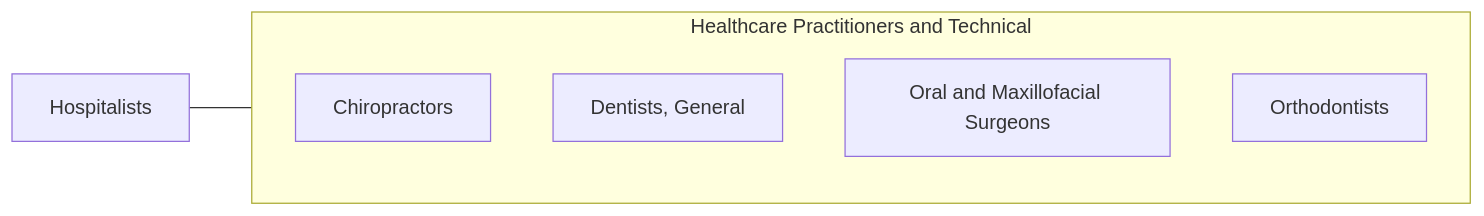
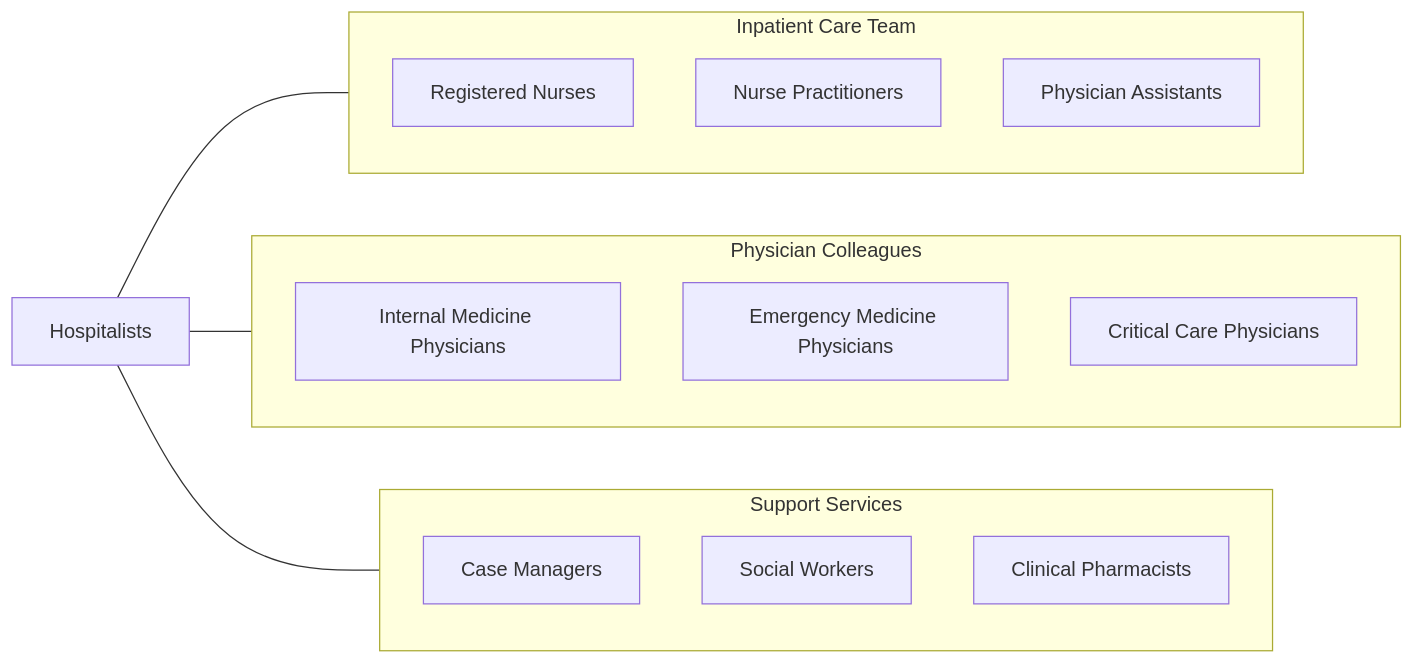
The fourth of 4 diagrams in occupations/HealthcarePractitioners/Hospitalists.mdx (kziemski/business.org.ai), drawn with Mermaid before and after one commit. The commit also changed other lines of this file and 938 other files, not shown here.

````diff
--- a/occupations/HealthcarePractitioners/Hospitalists.mdx
+++ b/occupations/HealthcarePractitioners/Hospitalists.mdx
@@ -98,13 +220,26 @@
 ```mermaid
 graph LR
     Current["Hospitalists"]
 
-    subgraph SameCategory["Healthcare Practitioners and Technical"]
-        Chiropractors["Chiropractors"]
-        DentistsGeneral["Dentists, General"]
-        OralAndMaxillofacial["Oral and Maxillofacial Surgeons"]
-        Orthodontists["Orthodontists"]
+    subgraph InpatientTeam["Inpatient Care Team"]
+        RN["Registered Nurses"]
+        NP["Nurse Practitioners"]
+        PA["Physician Assistants"]
     end
 
-    Current --- SameCategory
+    subgraph PhysicianColleagues["Physician Colleagues"]
+        Internists["Internal Medicine Physicians"]
+        EmergMed["Emergency Medicine Physicians"]
+        Intensivists["Critical Care Physicians"]
+    end
+
+    subgraph Support["Support Services"]
+        CaseManagers["Case Managers"]
+        SocialWorkers["Social Workers"]
+        Pharmacists["Clinical Pharmacists"]
+    end
+
+    Current --- InpatientTeam
+    Current --- PhysicianColleagues
+    Current --- Support
 ```
````
